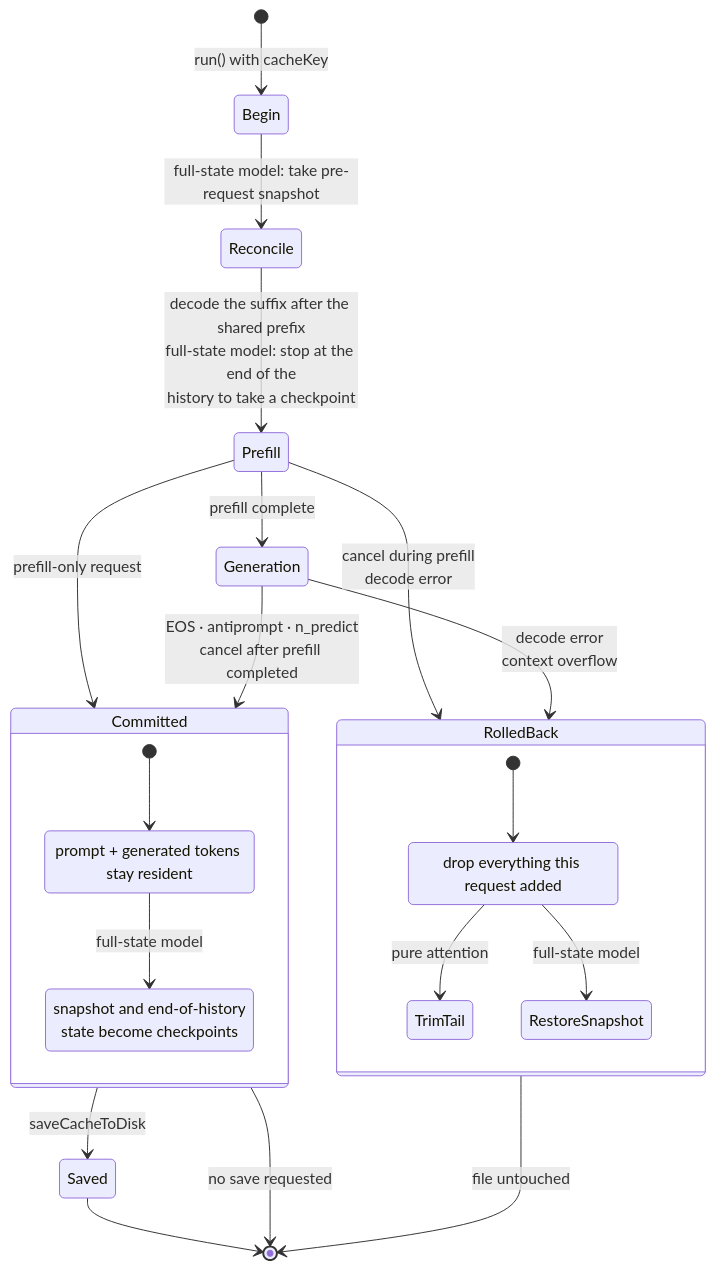
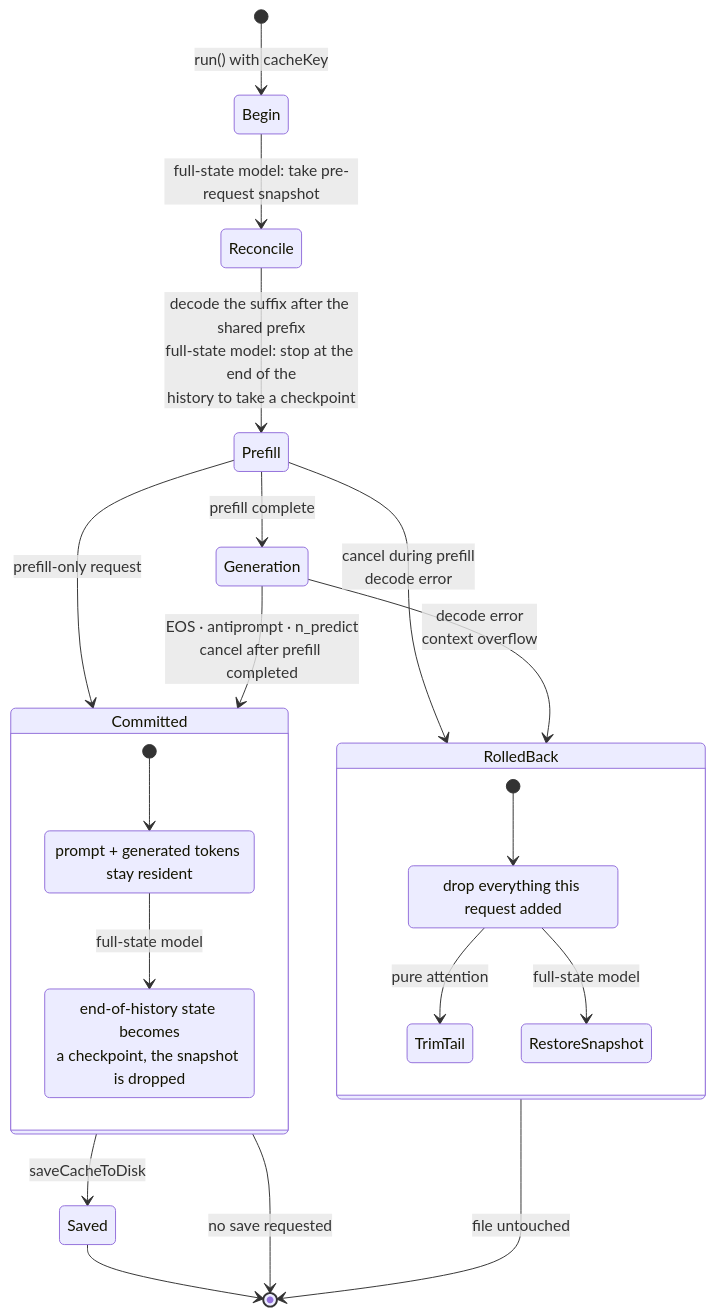
Before and after one commit to tetherto/qvac: the second of 6 diagrams in packages/llm-llamacpp/docs/cache-lifecycle.md, drawn with Mermaid. The commit also changed other lines of this file and 13 other files, not shown here.

First line of the commit message:
feat(llm-llamacpp): keep end-of-history checkpoints only, default 2 everywhere

````diff
--- a/packages/llm-llamacpp/docs/cache-lifecycle.md
+++ b/packages/llm-llamacpp/docs/cache-lifecycle.md
@@ -80,28 +78,28 @@
 ```mermaid
 stateDiagram-v2
     [*] --> Begin: run() with cacheKey
     Begin --> Reconcile: full-state model: take pre-request snapshot
     Reconcile --> Prefill: decode the suffix after the shared prefix<br/>full-state model: stop at the end of the<br/>history to take a checkpoint
     Prefill --> Committed: prefill-only request
     Prefill --> Generation: prefill complete
     Prefill --> RolledBack: cancel during prefill<br/>decode error
     Generation --> Committed: EOS · antiprompt · n_predict<br/>cancel after prefill completed
     Generation --> RolledBack: decode error<br/>context overflow
     Committed --> Saved: saveCacheToDisk
     Committed --> [*]: no save requested
     Saved --> [*]
     RolledBack --> [*]: file untouched
 
     state Committed {
         [*] --> KeepTokens
         KeepTokens: prompt + generated tokens stay resident
         KeepTokens --> PushCheckpoint: full-state model
-        PushCheckpoint: snapshot and end-of-history<br/>state become checkpoints
+        PushCheckpoint: end-of-history state becomes<br/>a checkpoint, the snapshot is dropped
     }
     state RolledBack {
         [*] --> Drop
         Drop: drop everything this request added
         Drop --> TrimTail: pure attention
         Drop --> RestoreSnapshot: full-state model
     }
 ```
````
